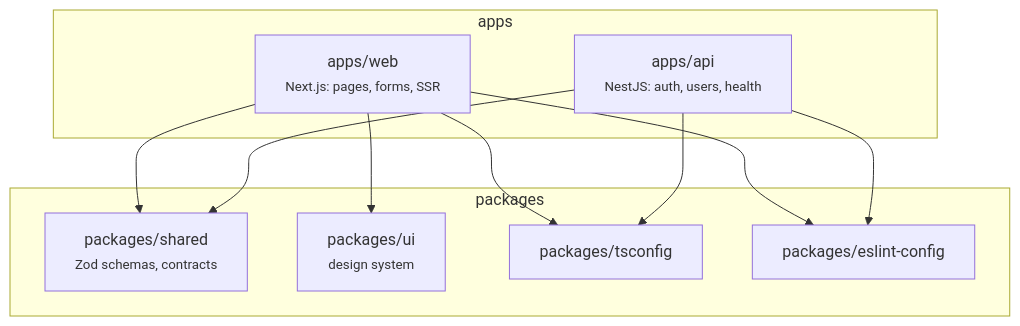
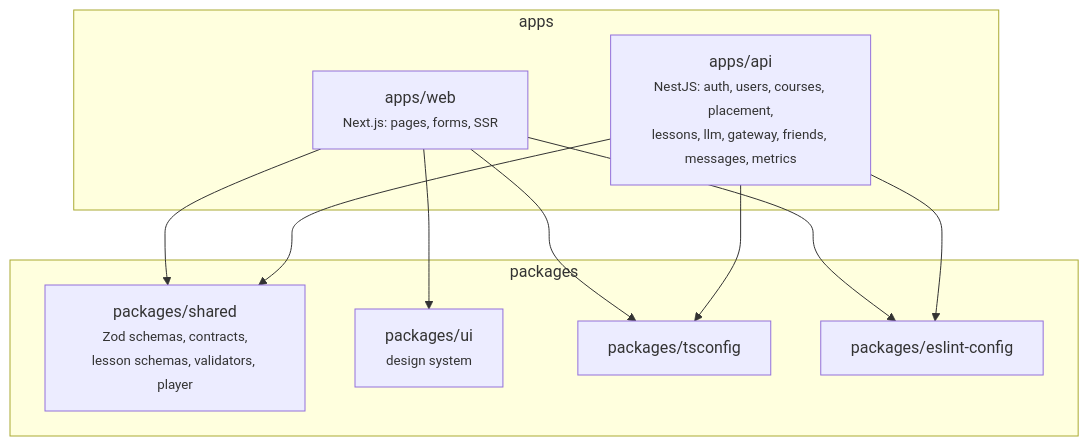
The ninth of 9 diagrams in docs/ARCHITECTURE.md (VictorBro/ft_transcendence), drawn with Mermaid before and after one commit. The commit also changed other lines of this file and 2 other files, not shown here.

First line of the commit message:
docs: align the product and technical architecture with Milestone 2

````diff
--- a/docs/ARCHITECTURE.md
+++ b/docs/ARCHITECTURE.md
@@ -527,20 +652,20 @@
 ```mermaid
 flowchart TB
     subgraph apps
         web["apps/web<br/><small>Next.js: pages, forms, SSR</small>"]
-        api["apps/api<br/><small>NestJS: auth, users, health</small>"]
+        api["apps/api<br/><small>NestJS: auth, users, courses, placement,<br/>lessons, llm, gateway, friends, messages, metrics</small>"]
     end
 
     subgraph packages
-        shared["packages/shared<br/><small>Zod schemas, contracts</small>"]
+        shared["packages/shared<br/><small>Zod schemas, contracts,<br/>lesson schemas, validators, player</small>"]
         ui["packages/ui<br/><small>design system</small>"]
         tsconfig["packages/tsconfig"]
         eslint["packages/eslint-config"]
     end
 
     web --> shared
     api --> shared
     web --> ui
     web --> tsconfig & eslint
     api --> tsconfig & eslint
 ```
````
